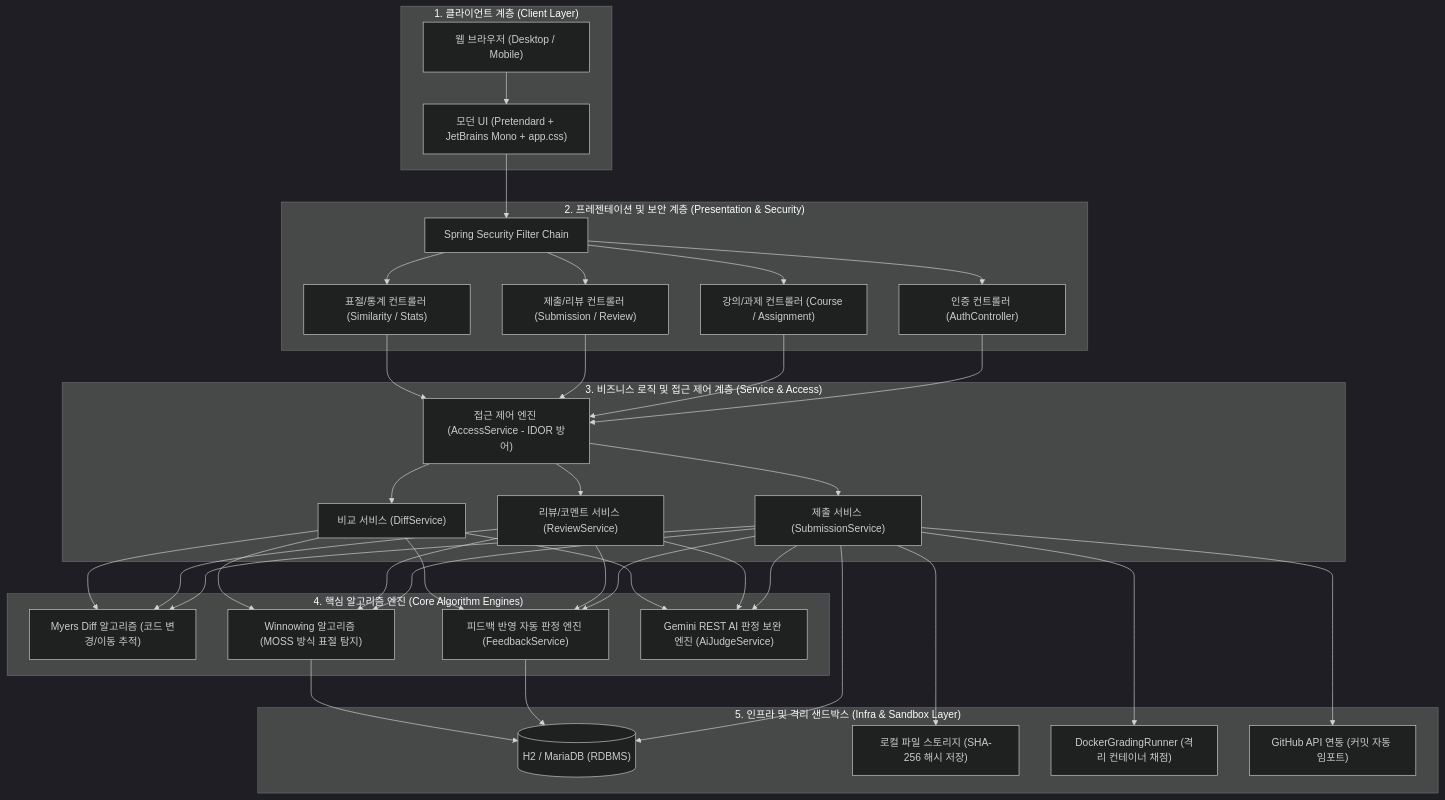
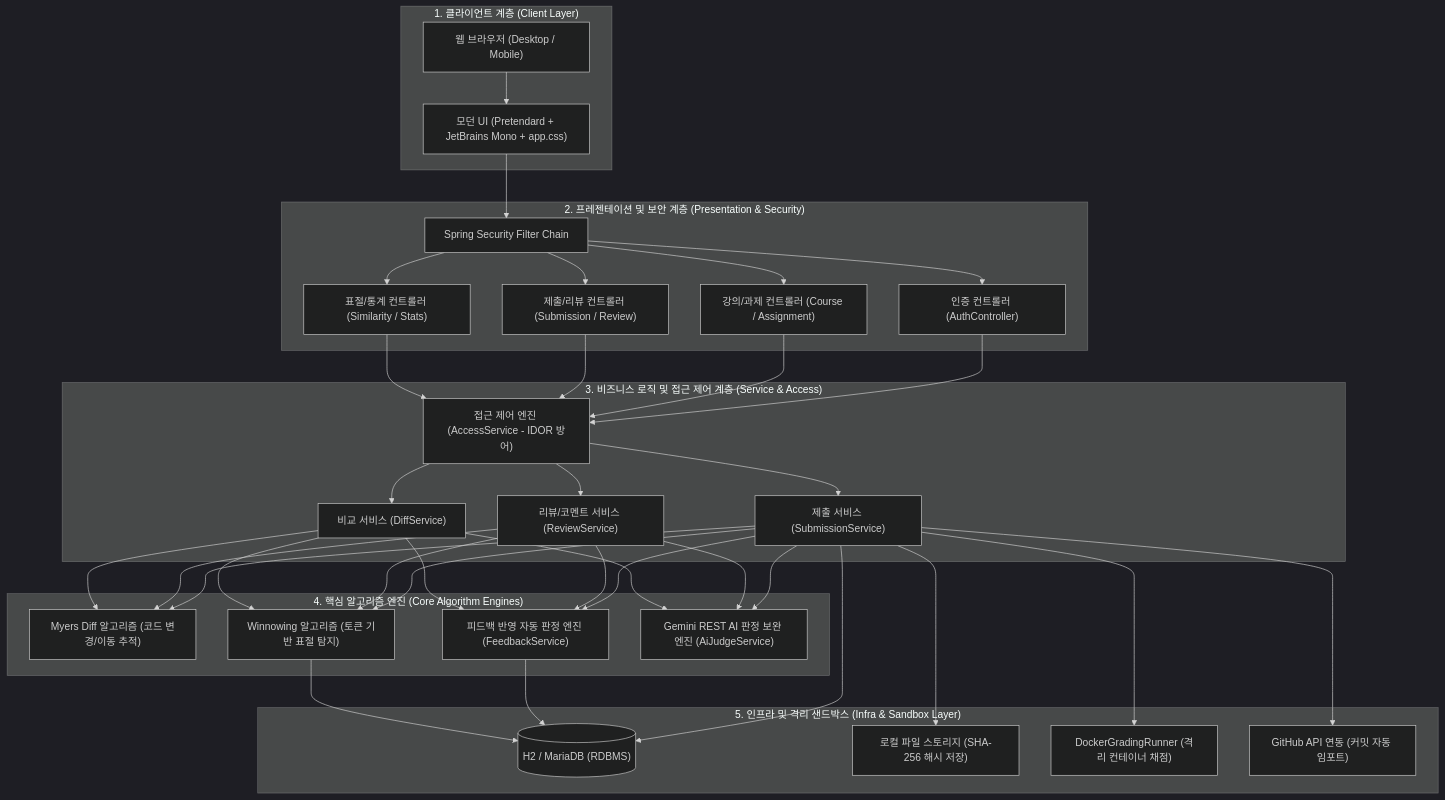
One commit to ksw1295/submithub changed the first of 6 diagrams in docs/ARCHITECTURE.md. Above: the diagram before and after it, drawn with Mermaid (dark theme). The commit also changed other lines of this file and 14 other files, not shown here.

````diff
--- a/docs/ARCHITECTURE.md
+++ b/docs/ARCHITECTURE.md
@@ -12,46 +12,46 @@
 ```mermaid
 flowchart TB
     subgraph ClientLayer ["1. 클라이언트 계층 (Client Layer)"]
         Browser["웹 브라우저 (Desktop / Mobile)"]
         UI["모던 UI (Pretendard + JetBrains Mono + app.css)"]
     end
 
     subgraph PresentationLayer ["2. 프레젠테이션 및 보안 계층 (Presentation & Security)"]
         SecFilter["Spring Security Filter Chain"]
         AuthCtrl["인증 컨트롤러 (AuthController)"]
         CourseCtrl["강의/과제 컨트롤러 (Course / Assignment)"]
         SubCtrl["제출/리뷰 컨트롤러 (Submission / Review)"]
         SimCtrl["표절/통계 컨트롤러 (Similarity / Stats)"]
     end
 
     subgraph ServiceLayer ["3. 비즈니스 로직 및 접근 제어 계층 (Service & Access)"]
         AccessSvc["접근 제어 엔진 (AccessService - IDOR 방어)"]
         SubSvc["제출 서비스 (SubmissionService)"]
         RevSvc["리뷰/코멘트 서비스 (ReviewService)"]
         DiffSvc["비교 서비스 (DiffService)"]
     end
 
     subgraph EngineLayer ["4. 핵심 알고리즘 엔진 (Core Algorithm Engines)"]
         MyersDiff["Myers Diff 알고리즘 (코드 변경/이동 추적)"]
         FeedbackEngine["피드백 반영 자동 판정 엔진 (FeedbackService)"]
-        Winnowing["Winnowing 알고리즘 (MOSS 방식 표절 탐지)"]
+        Winnowing["Winnowing 알고리즘 (토큰 기반 표절 탐지)"]
         AiJudge["Gemini REST AI 판정 보완 엔진 (AiJudgeService)"]
     end
 
     subgraph InfraLayer ["5. 인프라 및 격리 샌드박스 (Infra & Sandbox Layer)"]
         H2DB[("H2 / MariaDB (RDBMS)")]
         FileStore["로컬 파일 스토리지 (SHA-256 해시 저장)"]
         DockerRunner["DockerGradingRunner (격리 컨테이너 채점)"]
         GitHubAPI["GitHub API 연동 (커밋 자동 임포트)"]
     end
 
     Browser --> UI
     UI --> SecFilter
     SecFilter --> AuthCtrl & CourseCtrl & SubCtrl & SimCtrl
     AuthCtrl & CourseCtrl & SubCtrl & SimCtrl --> AccessSvc
     AccessSvc --> SubSvc & RevSvc & DiffSvc
     SubSvc & RevSvc & DiffSvc --> MyersDiff & FeedbackEngine & Winnowing & AiJudge
     SubSvc --> FileStore & H2DB & GitHubAPI
     FeedbackEngine & Winnowing --> H2DB
     SubSvc --> DockerRunner
 ```
````
